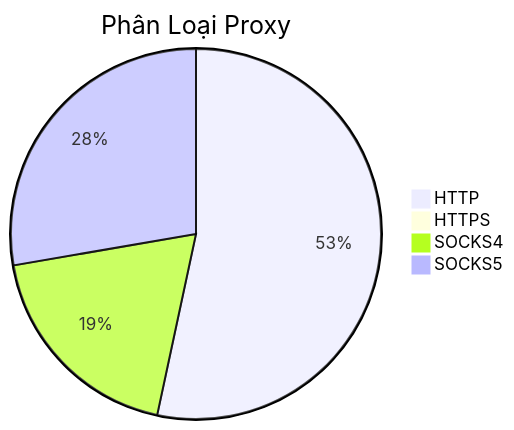
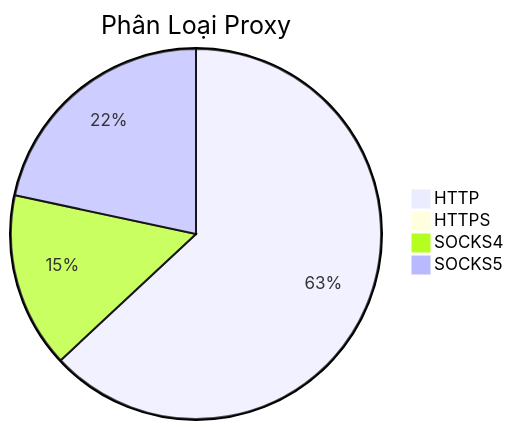
Before and after one commit to Ciara-12/PROXY-free: the diagram in README.md, drawn with Mermaid. The commit also changed other lines of this file and 4 other files, not shown here.

````diff
--- a/README.md
+++ b/README.md
@@ -26,7 +26,7 @@
 ```mermaid
 pie title Phân Loại Proxy
-    "HTTP" : 595
-    "HTTPS" : 1
-    "SOCKS4" : 211
-    "SOCKS5" : 309
+    "HTTP" : 935
+    "HTTPS" : 2
+    "SOCKS4" : 227
+    "SOCKS5" : 321
 ```
````
